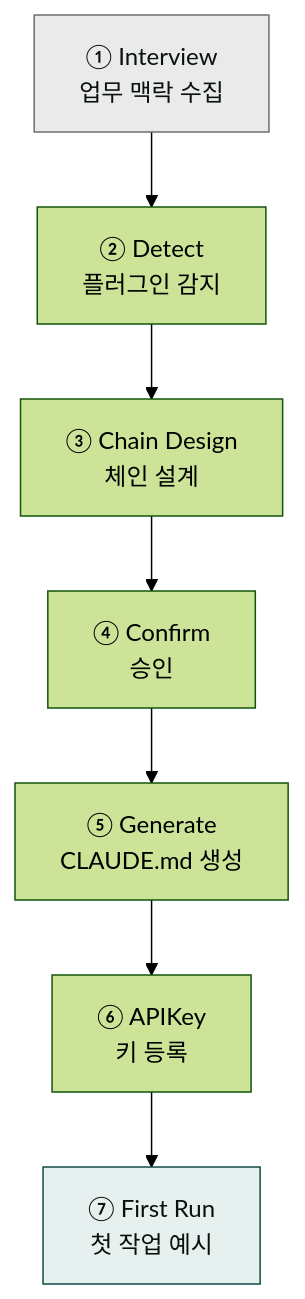
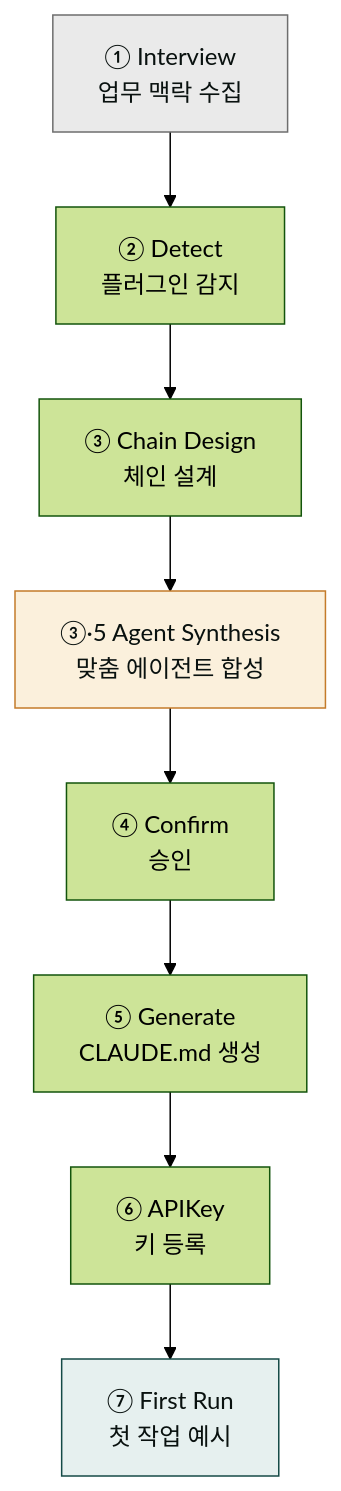
One commit to modu-ai/claude changed the diagram in content/plugins/moai-core.md. Above: the diagram before and after it, drawn with Mermaid (forest theme). The commit also changed other lines of this file and 7 other files, not shown here.

First line of the commit message:
chore(release): v2.18.0 — Cowork 에이전트 모델 전환 (플러그인 코디네이터 제거 + /project Agent Synthesis)

````diff
--- a/content/plugins/moai-core.md
+++ b/content/plugins/moai-core.md
@@ -48,12 +48,14 @@
 ```mermaid
 flowchart TD
     A["① Interview<br/>업무 맥락 수집"] --> B["② Detect<br/>플러그인 감지"]
     B --> C["③ Chain Design<br/>체인 설계"]
-    C --> D["④ Confirm<br/>승인"]
+    C --> CA["③·5 Agent Synthesis<br/>맞춤 에이전트 합성"]
+    CA --> D["④ Confirm<br/>승인"]
     D --> E["⑤ Generate<br/>CLAUDE.md 생성"]
     E --> F["⑥ APIKey<br/>키 등록"]
     F --> G["⑦ First Run<br/>첫 작업 예시"]
 
     style A fill:#eaeaea,stroke:#6e6e6e,color:#09110f
+    style CA fill:#fbf0dc,stroke:#c47b2a,color:#09110f
     style G fill:#e6f0ef,stroke:#144a46,color:#09110f
 ```
````
